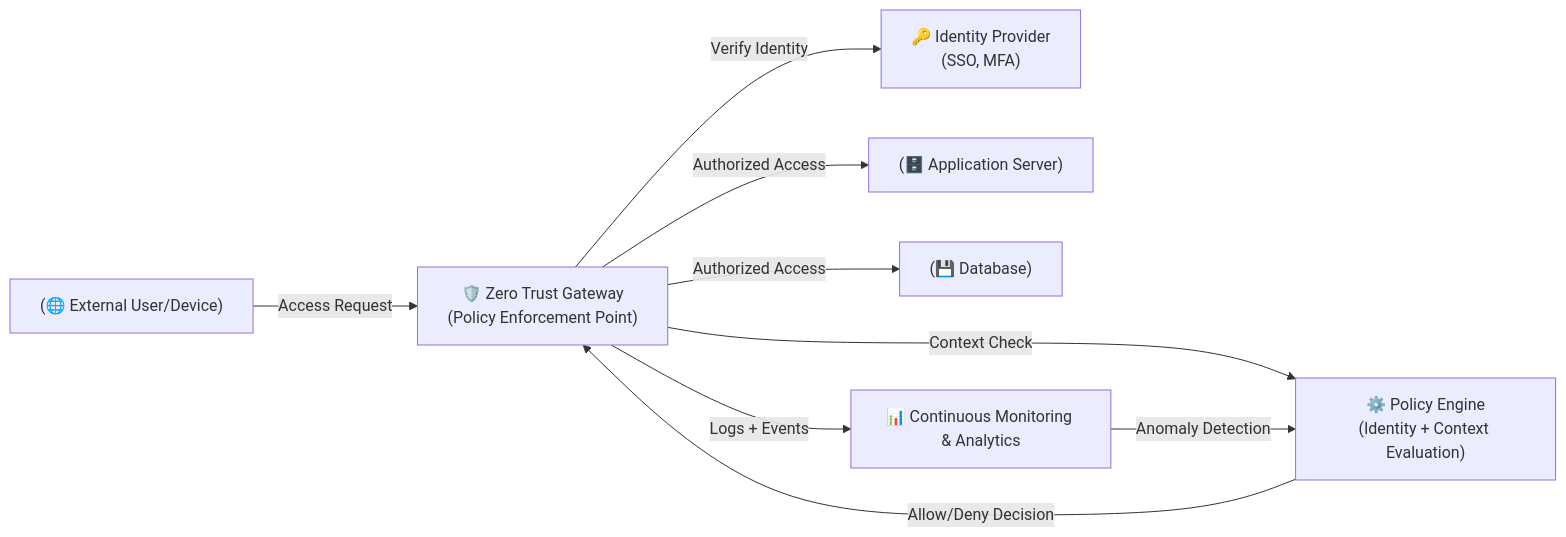
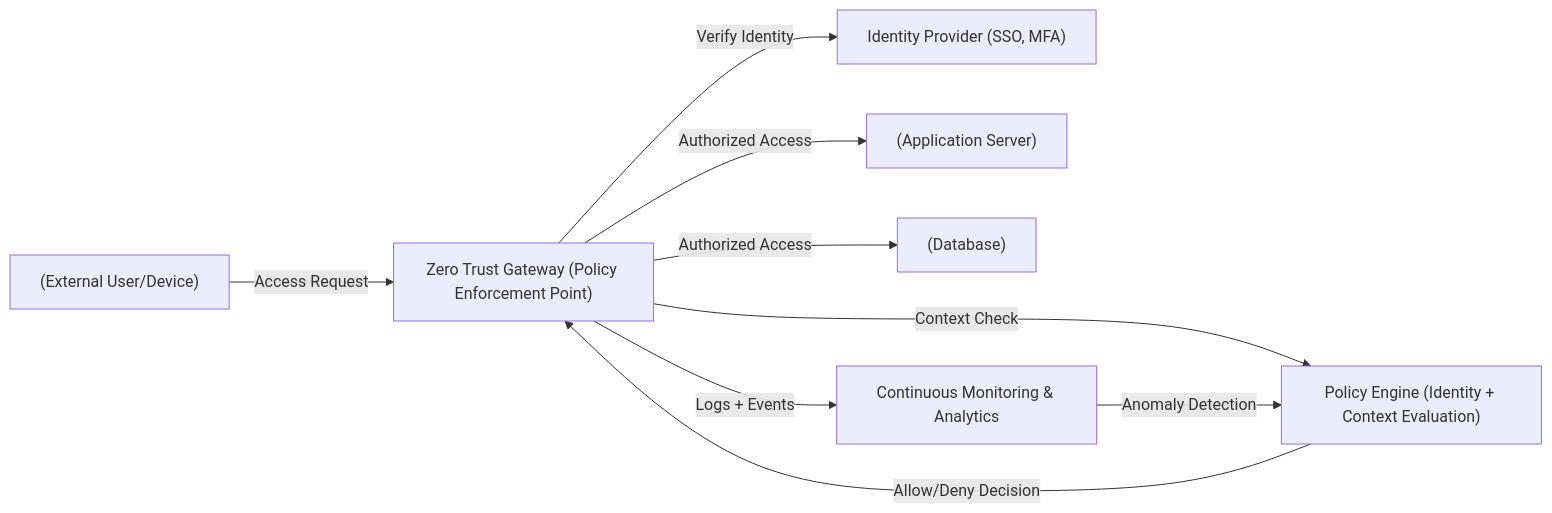
One commit to Charikshith/Learing_System_Design changed diagram 13 of 14 in System_Design/10 - Security in System Design – Principles, Practices & Protocols.md. Above: the diagram before and after it, drawn with Mermaid. The commit also changed other lines of this file and 41 other files, not shown here.

````diff
--- a/System_Design/10 - Security in System Design – Principles, Practices & Protocols.md
+++ b/System_Design/10 - Security in System Design – Principles, Practices & Protocols.md
@@ -1630,19 +1076,19 @@
 ```mermaid
 flowchart LR
-    Internet["(🌐 External User/Device)"]
-    ZTGateway["🛡️ Zero Trust Gateway<br/>(Policy Enforcement Point)"]
-    PolicyEngine["⚙️ Policy Engine<br/>(Identity + Context Evaluation)"]
-    IdP["🔑 Identity Provider<br/>(SSO, MFA)"]
-    Resource1["(🗄️ Application Server)"]
-    Resource2["(💾 Database)"]
-    Monitor["📊 Continuous Monitoring & Analytics"]
+    Internet["(External User/Device)"]
+    ZTGateway["Zero Trust Gateway (Policy Enforcement Point)"]
+    PolicyEngine["Policy Engine (Identity + Context Evaluation)"]
+    IdP["Identity Provider (SSO, MFA)"]
+    Resource1["(Application Server)"]
+    Resource2["(Database)"]
+    Monitor["Continuous Monitoring & Analytics"]
 
     Internet -->|Access Request| ZTGateway
     ZTGateway -->|Verify Identity| IdP
     ZTGateway -->|Context Check| PolicyEngine
     PolicyEngine -->|Allow/Deny Decision| ZTGateway
     ZTGateway -->|Authorized Access| Resource1
     ZTGateway -->|Authorized Access| Resource2
     ZTGateway -->|Logs + Events| Monitor
     Monitor -->|Anomaly Detection| PolicyEngine
 ```
````
